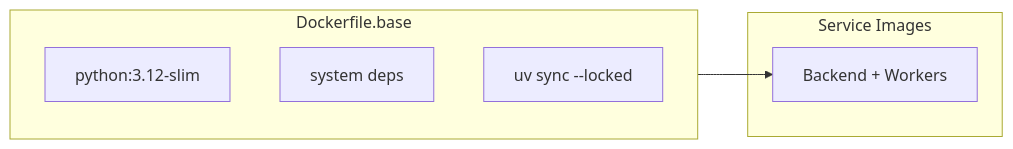
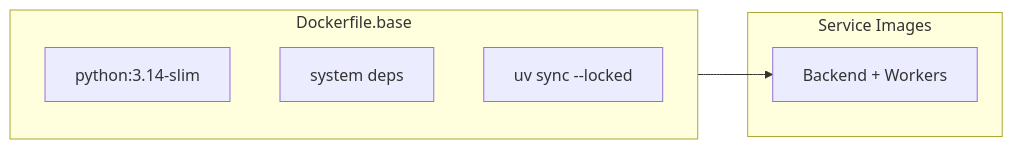
Before and after one commit to HardMax71/Integr8sCode: the second of 2 diagrams in docs/operations/deployment.md, drawn with Mermaid. The commit also changed other lines of this file and 121 other files, not shown here.

````diff
--- a/docs/operations/deployment.md
+++ b/docs/operations/deployment.md
@@ -72,14 +72,14 @@
 ```mermaid
 flowchart LR
     subgraph Base["Dockerfile.base"]
-        B1[python:3.12-slim]
+        B1[python:3.14-slim]
         B2[system deps]
         B3[uv sync --locked]
     end
 
     subgraph Services["Service Images"]
         S1[Backend + Workers]
     end
 
     Base --> S1
 ```
````
